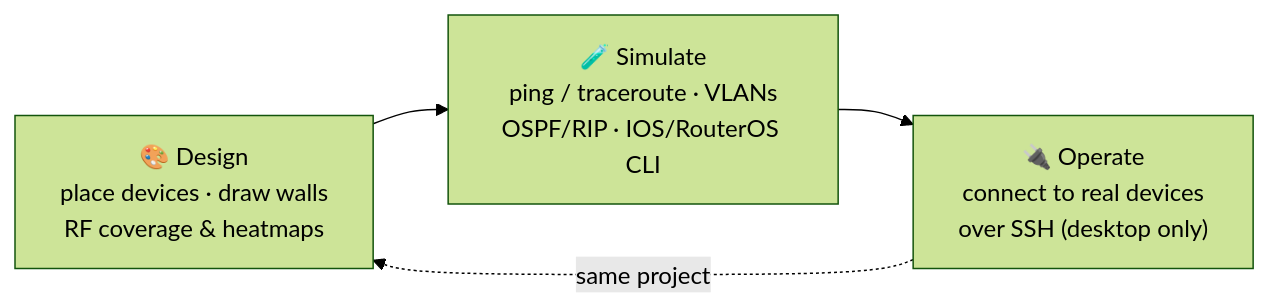
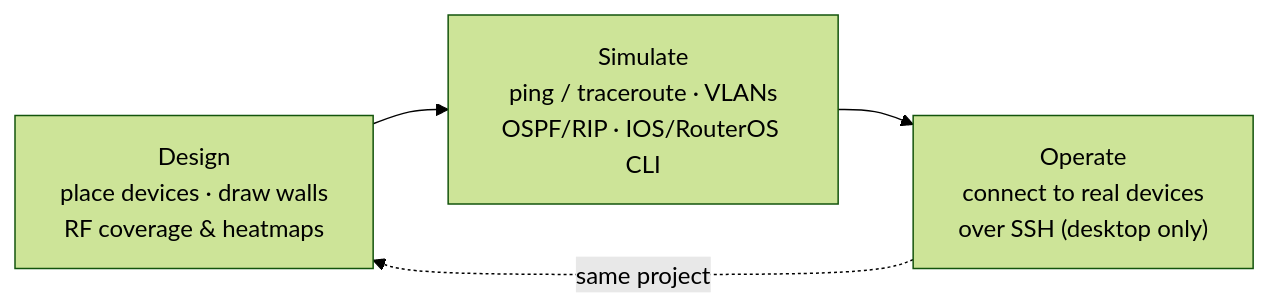
The first of 4 diagrams in README.md (s-markakis/plexus-network-planner), drawn with Mermaid (forest theme) before and after one commit. The commit also changed other lines of this file and 21 other files, not shown here.

````diff
--- a/README.md
+++ b/README.md
@@ -61,8 +82,8 @@
 ```mermaid
 flowchart LR
-    A["🎨 Design<br/>place devices · draw walls<br/>RF coverage &amp; heatmaps"]
-    B["🧪 Simulate<br/>ping / traceroute · VLANs<br/>OSPF/RIP · IOS/RouterOS CLI"]
-    C["🔌 Operate<br/>connect to real devices<br/>over SSH (desktop only)"]
+    A["Design<br/>place devices · draw walls<br/>RF coverage &amp; heatmaps"]
+    B["Simulate<br/>ping / traceroute · VLANs<br/>OSPF/RIP · IOS/RouterOS CLI"]
+    C["Operate<br/>connect to real devices<br/>over SSH (desktop only)"]
     A --> B --> C
     C -. "same project" .-> A
 ```
````
